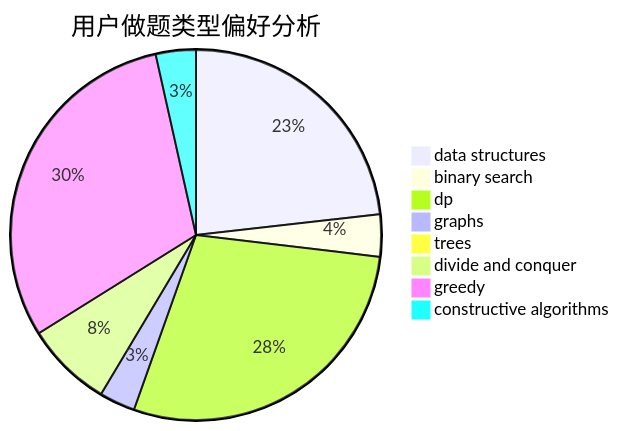
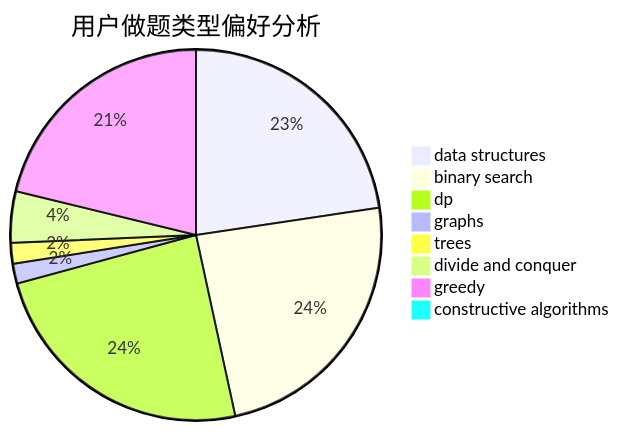
Before and after one commit to sherpahu/cfrs.github.io: the second of 3 diagrams in docs/user/u840.md, drawn with Mermaid. The commit also changed other lines of this file and 2770 other files, not shown here.

````diff
--- a/docs/user/u840.md
+++ b/docs/user/u840.md
@@ -23,11 +23,11 @@
 ```mermaid
 pie title 用户做题类型偏好分析
-    "data structures" :  126
-    "binary search" :  20
-    "dp" :  155
-    "graphs" :  17
-    "trees" :  3
-    "divide and conquer" :  41
-    "greedy" :  165
-    "constructive algorithms" :  19
+    "data structures" :  486
+    "binary search" :  514
+    "dp" :  519
+    "graphs" :  37
+    "trees" :  39
+    "divide and conquer" :  96
+    "greedy" :  455
+    "constructive algorithms" :  8
 ```
````
